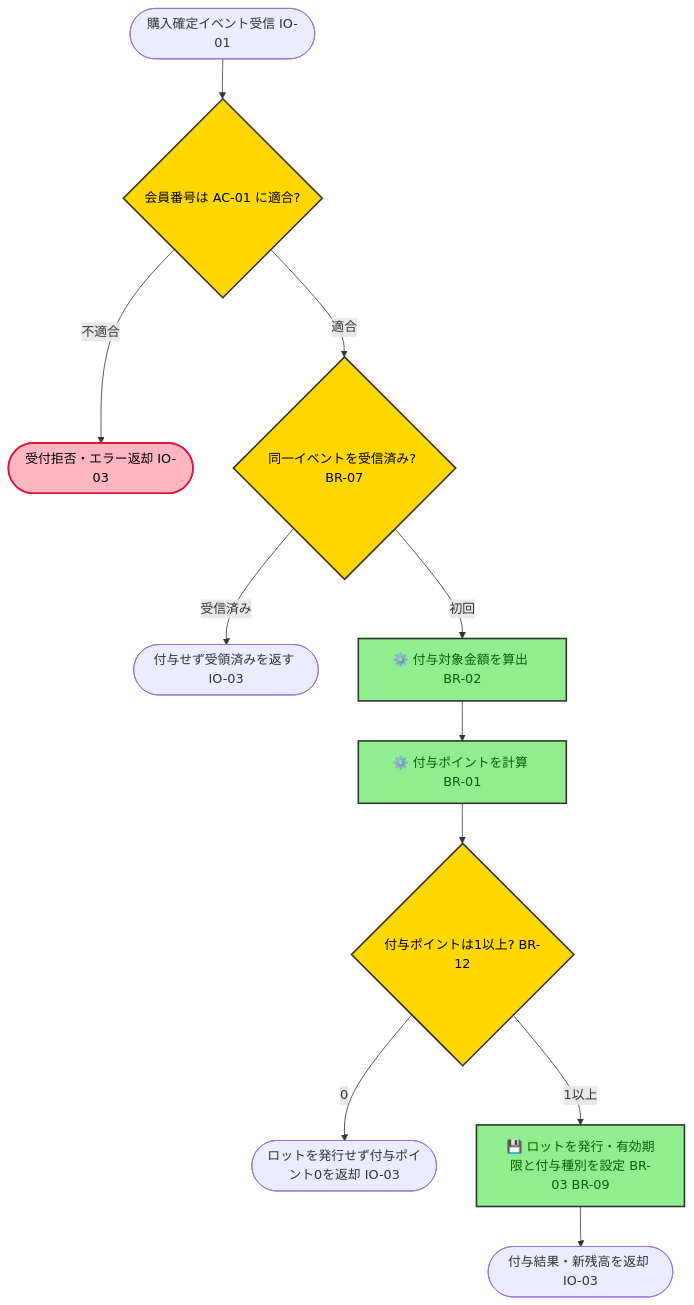
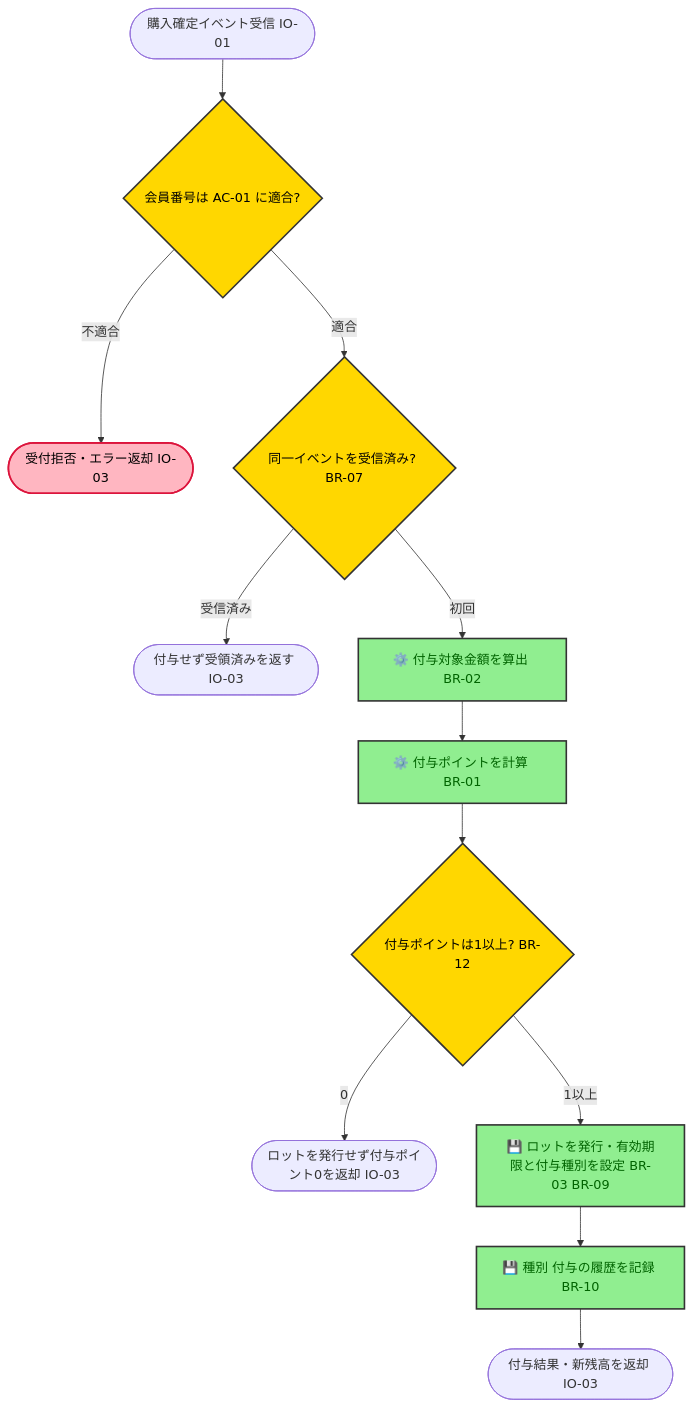
The tenth of 15 diagrams in samples/docs/requirements.md (kasiopeiya/claude-dev-template), drawn with Mermaid before and after one commit. The commit also changed other lines of this file, not shown here.

````diff
--- a/samples/docs/requirements.md
+++ b/samples/docs/requirements.md
@@ -885,20 +934,21 @@
 ```mermaid
 flowchart TD
     start([購入確定イベント受信 IO-01]) --> valid{会員番号は AC-01 に適合?}
     valid -->|不適合| reject([受付拒否・エラー返却 IO-03])
     valid -->|適合| dup{同一イベントを受信済み? BR-07}
     dup -->|受信済み| ack([付与せず受領済みを返す IO-03])
     dup -->|初回| target[⚙️ 付与対象金額を算出 BR-02]
     target --> calc[⚙️ 付与ポイントを計算 BR-01]
     calc --> zero{付与ポイントは1以上? BR-12}
     zero -->|0| none([ロットを発行せず付与ポイント0を返却 IO-03])
     zero -->|1以上| lot[💾 ロットを発行・有効期限と付与種別を設定 BR-03 BR-09]
-    lot --> resp([付与結果・新残高を返却 IO-03])
+    lot --> hist[💾 種別 付与の履歴を記録 BR-10]
+    hist --> resp([付与結果・新残高を返却 IO-03])
 
     classDef step fill:#90EE90,stroke:#333,stroke-width:2px,color:darkgreen
     classDef decision fill:#FFD700,stroke:#333,stroke-width:2px,color:black
     classDef error fill:#FFB6C1,stroke:#DC143C,stroke-width:2px,color:black
-    class target,calc,lot step
+    class target,calc,lot,hist step
     class valid,dup,zero decision
     class reject error
 ```
````
